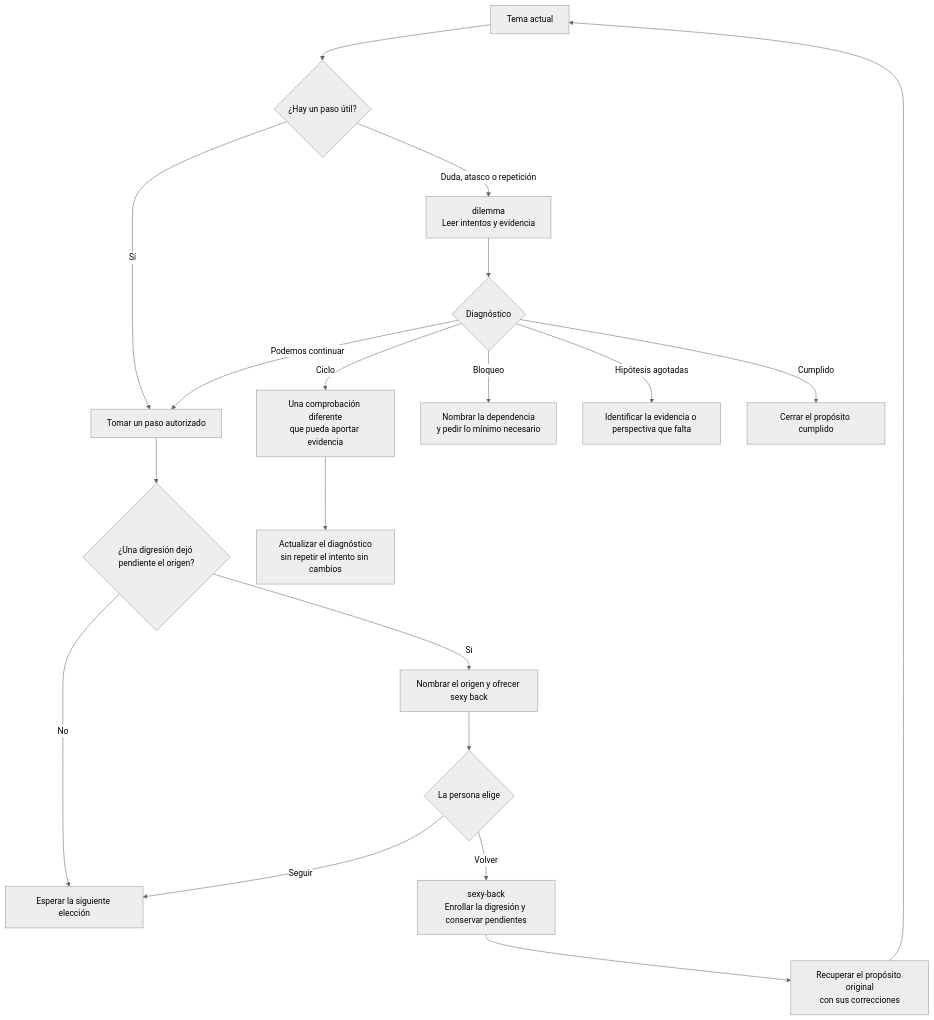
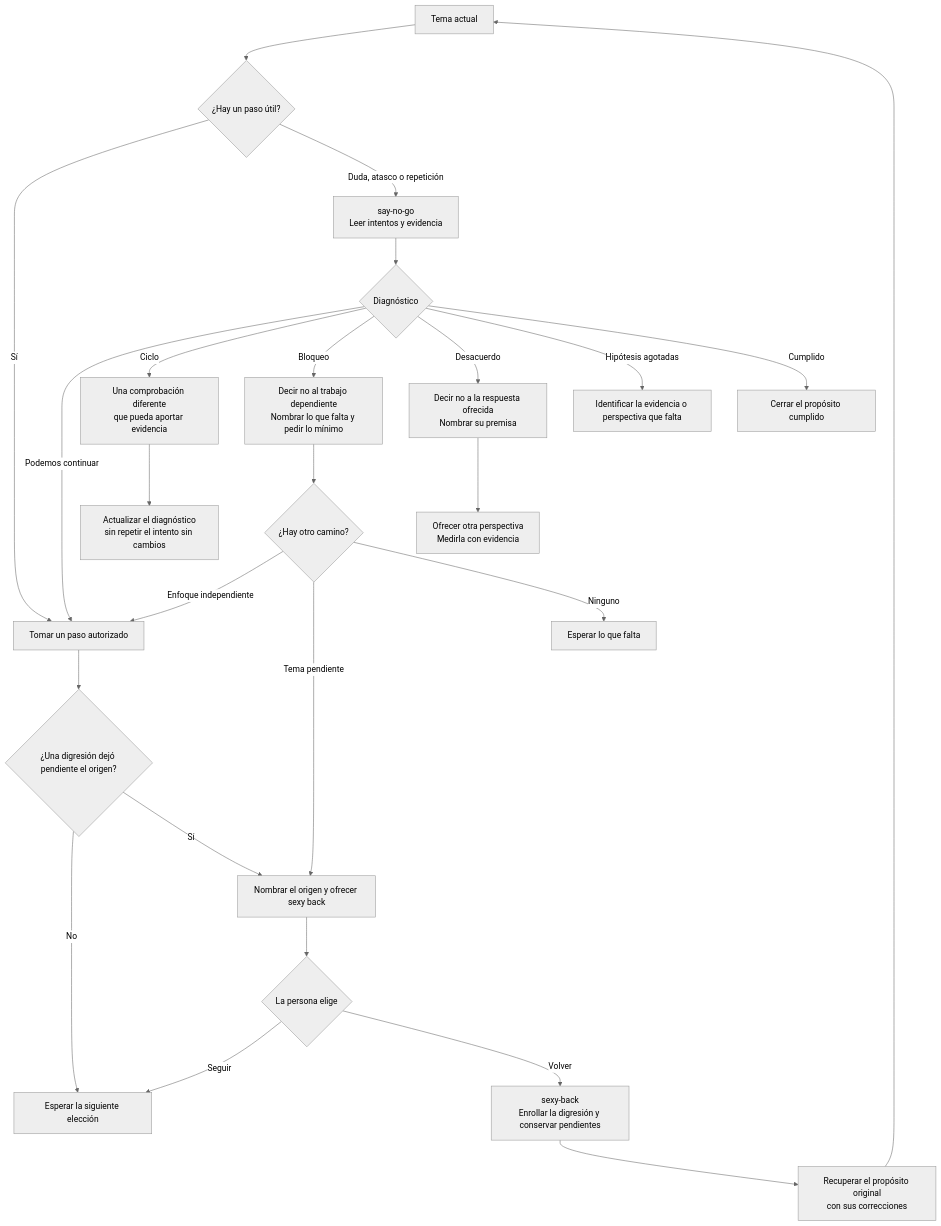
Before and after one commit to cangrejometralleta/OneTwoThree: the eighth of 11 diagrams in docs/presentation.es.md, drawn with Mermaid (neutral theme). The commit also changed other lines of this file and 13 other files, not shown here.

First line of the commit message:
Rename dilemma to say-no-go and let it stop blocks and disputed answers

````diff
--- a/docs/presentation.es.md
+++ b/docs/presentation.es.md
@@ -268,21 +268,27 @@
 ```mermaid
 flowchart TD
     CURRENT["Tema actual"] --> CHECK{"¿Hay un paso útil?"}
     CHECK -- Sí --> STEP["Tomar un paso autorizado"]
-    CHECK -- "Duda, atasco o repetición" --> UNBLOCK["dilemma<br/>Leer intentos y evidencia"]
+    CHECK -- "Duda, atasco o repetición" --> UNBLOCK["say-no-go<br/>Leer intentos y evidencia"]
     UNBLOCK --> STATE{"Diagnóstico"}
     STATE -- "Podemos continuar" --> STEP
     STATE -- Ciclo --> OBSERVE["Una comprobación diferente<br/>que pueda aportar evidencia"]
     OBSERVE --> RESULT["Actualizar el diagnóstico<br/>sin repetir el intento sin cambios"]
-    STATE -- Bloqueo --> NEED["Nombrar la dependencia<br/>y pedir lo mínimo necesario"]
+    STATE -- Bloqueo --> NEED["Decir no al trabajo dependiente<br/>Nombrar lo que falta y pedir lo mínimo"]
+    NEED --> WAY{"¿Hay otro camino?"}
+    WAY -- "Enfoque independiente" --> STEP
+    WAY -- "Tema pendiente" --> OFFER
+    WAY -- Ninguno --> WAITING["Esperar lo que falta"]
+    STATE -- Desacuerdo --> REJECT["Decir no a la respuesta ofrecida<br/>Nombrar su premisa"]
+    REJECT --> PERSPECTIVE["Ofrecer otra perspectiva<br/>Medirla con evidencia"]
     STATE -- "Hipótesis agotadas" --> HELP["Identificar la evidencia o perspectiva que falta"]
     STATE -- Cumplido --> DONE["Cerrar el propósito cumplido"]
     STEP --> RETURN{"¿Una digresión dejó pendiente el origen?"}
     RETURN -- No --> WAIT["Esperar la siguiente elección"]
     RETURN -- Sí --> OFFER["Nombrar el origen y ofrecer sexy back"]
     OFFER --> CHOICE{"La persona elige"}
     CHOICE -- Seguir --> WAIT
     CHOICE -- Volver --> ROLL["sexy-back<br/>Enrollar la digresión y conservar pendientes"]
     ROLL --> ORIGIN["Recuperar el propósito original<br/>con sus correcciones"]
     ORIGIN --> CURRENT
 ```
````
